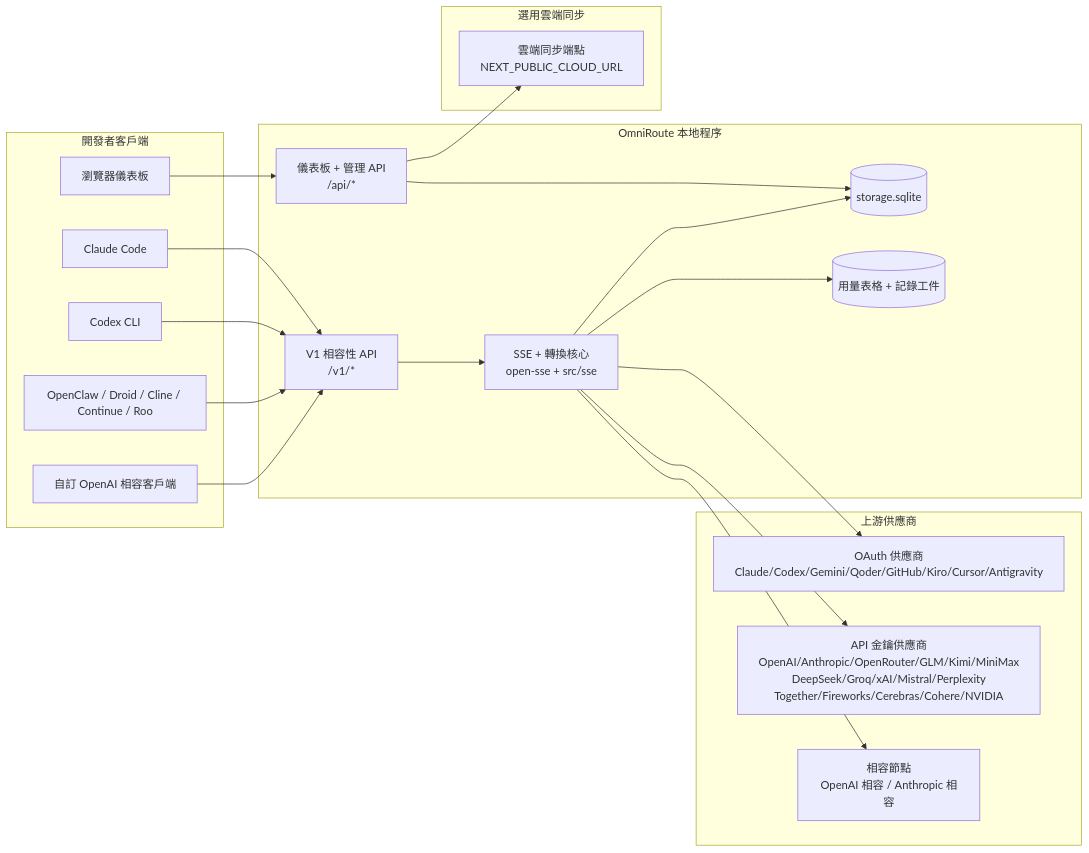
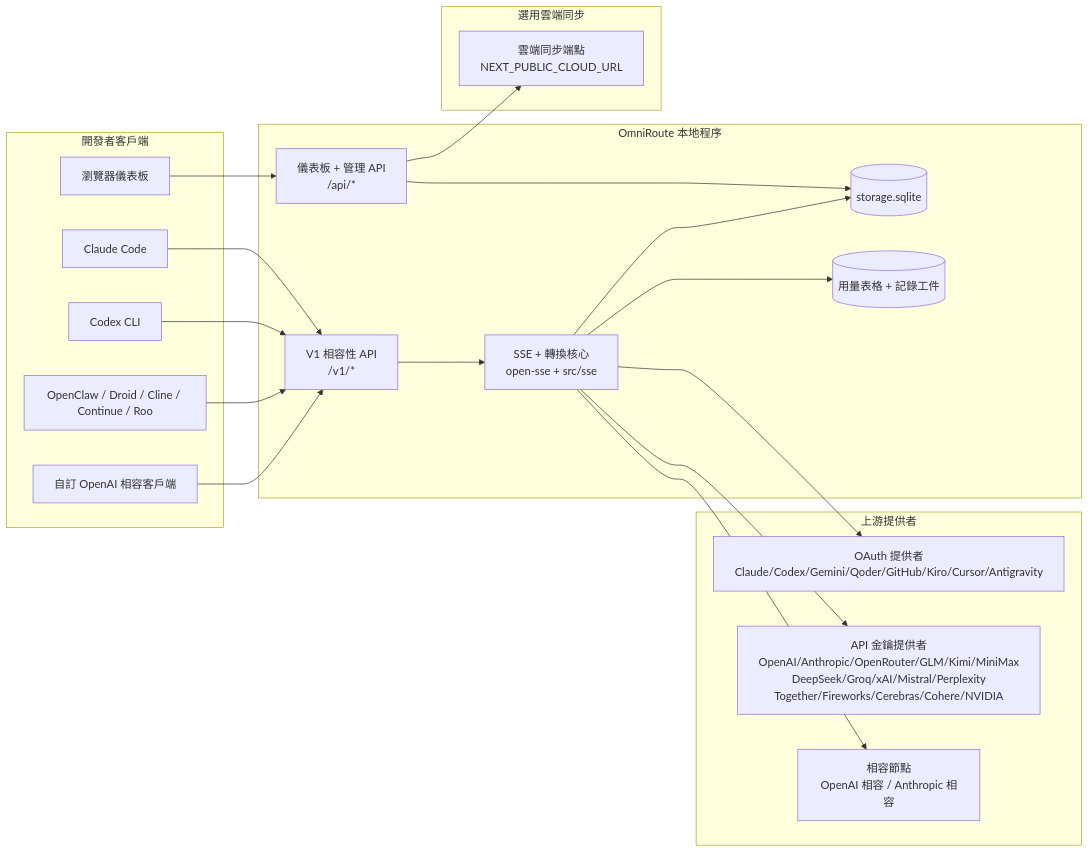
The first of 7 diagrams in mirrors/repos/diegosouzapw@OmniRoute/docs/i18n/zh-TW/docs/architecture/ARCHITECTURE.md (gabrielmoreira/agent-skills-mirror), drawn with Mermaid before and after one commit. The commit also changed other lines of this file and 1979 other files, not shown here.

````diff
--- a/mirrors/repos/diegosouzapw@OmniRoute/docs/i18n/zh-TW/docs/architecture/ARCHITECTURE.md
+++ b/mirrors/repos/diegosouzapw@OmniRoute/docs/i18n/zh-TW/docs/architecture/ARCHITECTURE.md
@@ -159,45 +159,45 @@
 ```mermaid
 flowchart LR
     subgraph Clients[開發者客戶端]
         C1[Claude Code]
         C2[Codex CLI]
         C3[OpenClaw / Droid / Cline / Continue / Roo]
         C4[自訂 OpenAI 相容客戶端]
         BROWSER[瀏覽器儀表板]
     end
 
     subgraph Router[OmniRoute 本地程序]
         API[V1 相容性 API\n/v1/*]
         DASH[儀表板 + 管理 API\n/api/*]
         CORE[SSE + 轉換核心\nopen-sse + src/sse]
         DB[(storage.sqlite)]
         UDB[(用量表格 + 記錄工件)]
     end
 
-    subgraph Upstreams[上游供應商]
-        P1[OAuth 供應商\nClaude/Codex/Gemini/Qoder/GitHub/Kiro/Cursor/Antigravity]
-        P2[API 金鑰供應商\nOpenAI/Anthropic/OpenRouter/GLM/Kimi/MiniMax\nDeepSeek/Groq/xAI/Mistral/Perplexity\nTogether/Fireworks/Cerebras/Cohere/NVIDIA]
+    subgraph Upstreams[上游提供者]
+        P1[OAuth 提供者\nClaude/Codex/Gemini/Qoder/GitHub/Kiro/Cursor/Antigravity]
+        P2[API 金鑰提供者\nOpenAI/Anthropic/OpenRouter/GLM/Kimi/MiniMax\nDeepSeek/Groq/xAI/Mistral/Perplexity\nTogether/Fireworks/Cerebras/Cohere/NVIDIA]
         P3[相容節點\nOpenAI 相容 / Anthropic 相容]
     end
 
     subgraph Cloud[選用雲端同步]
         CLOUD[雲端同步端點\nNEXT_PUBLIC_CLOUD_URL]
     end
 
     C1 --> API
     C2 --> API
     C3 --> API
     C4 --> API
     BROWSER --> DASH
 
     API --> CORE
     DASH --> DB
     CORE --> DB
     CORE --> UDB
 
     CORE --> P1
     CORE --> P2
     CORE --> P3
 
     DASH --> CLOUD
 ```
````
